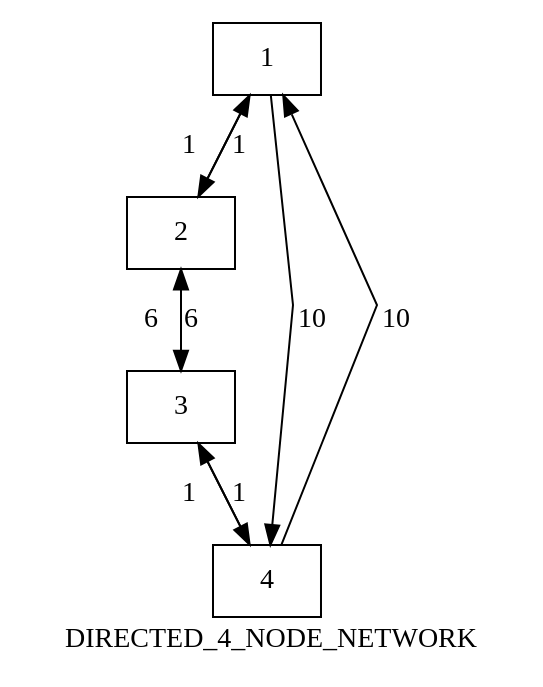
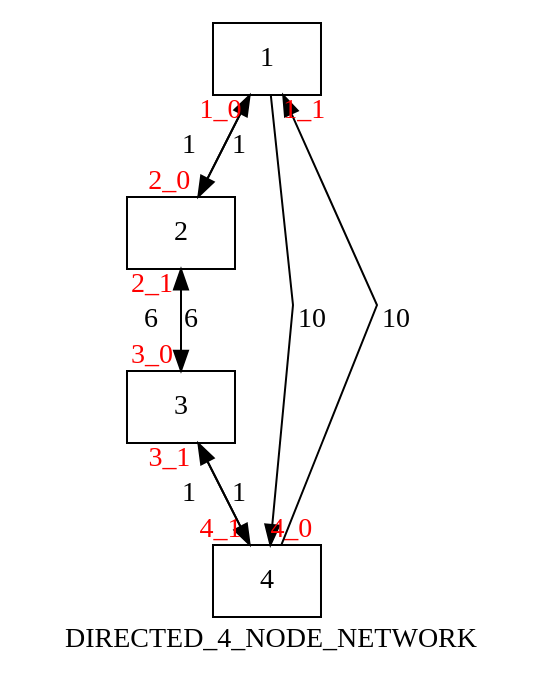
The diagram in Networks/DI_4N.dot (bschutze/ALTO-framework-sim), drawn with Graphviz before and after one commit. The commit also changed 2 other files, not shown here.

Commit message:
started implementing tracerout. ping_.py is not yet used but soon will flow into structure

```diff
--- a/Networks/DI_4N.dot
+++ b/Networks/DI_4N.dot
@@ -1,21 +1,21 @@
 digraph Test {
 
 	/*compound=true*/
 	node [shape=box];
 	edge [len=2];
 	/*Instantiation of nodes, required to successfully calling .get_node_list() 		(pydot) */
 	1[]; 2[]; 3[]; 4[];
 	overlap = scale;
 	splines = false;
 	label = DIRECTED_4_NODE_NETWORK;
 	//orientation = portrait;
 
-	1 -> 2	[label=1,throughput=16,latency=4,delay=3,bandwidth = 10];
-	1 -> 4	[label=10,throughput=16,latency=4,delay=3,bandwidth = 10];
-	2 -> 1	[label=1,throughput=12,latency=3,delay=2,bandwidth = 20];
-	2 -> 3	[label=6,throughput=12,latency=3,delay=2,bandwidth = 20];
-	3 -> 2	[label=6,throughput=10,latency=2,delay=4,bandwidth = 20];
-	3 -> 4	[label=1,throughput=9,latency=5,delay=1,bandwidth = 20];
-	4 -> 3	[label=1,throughput=9,latency=5,delay=1,bandwidth = 20];
-	4 -> 1	[label=10,throughput=11,latency=6,delay=2,bandwidth = 20];
+	1 -> 2	[label=1, headlabel = <<font color="red">2_0</font>>, throughput=16,latency=4,delay=3,bandwidth = 10];
+	2 -> 1	[label=1, headlabel = <<font color="red">1_0</font>>, throughput=12,latency=3,delay=2,bandwidth = 20];
+	2 -> 3	[label=6, headlabel = <<font color="red">3_0</font>>, throughput=12,latency=3,delay=2,bandwidth = 20];
+	3 -> 2	[label=6, headlabel = <<font color="red">2_1</font>>, throughput=10,latency=2,delay=4,bandwidth = 20];
+	3 -> 4	[label=1, headlabel = <<font color="red">4_1</font>>, throughput=9,latency=5,delay=1,bandwidth = 20];
+	4 -> 3	[label=1, headlabel = <<font color="red">3_1</font>>, throughput=9,latency=5,delay=1,bandwidth = 20];
+	4 -> 1	[label=10, headlabel = <<font color="red">1_1</font>>, throughput=11,latency=6,delay=2,bandwidth = 20];
+	1 -> 4	[label=10, headlabel = <<font color="red">4_0</font>>, throughput=16,latency=4,delay=3,bandwidth = 10];
 }
```
